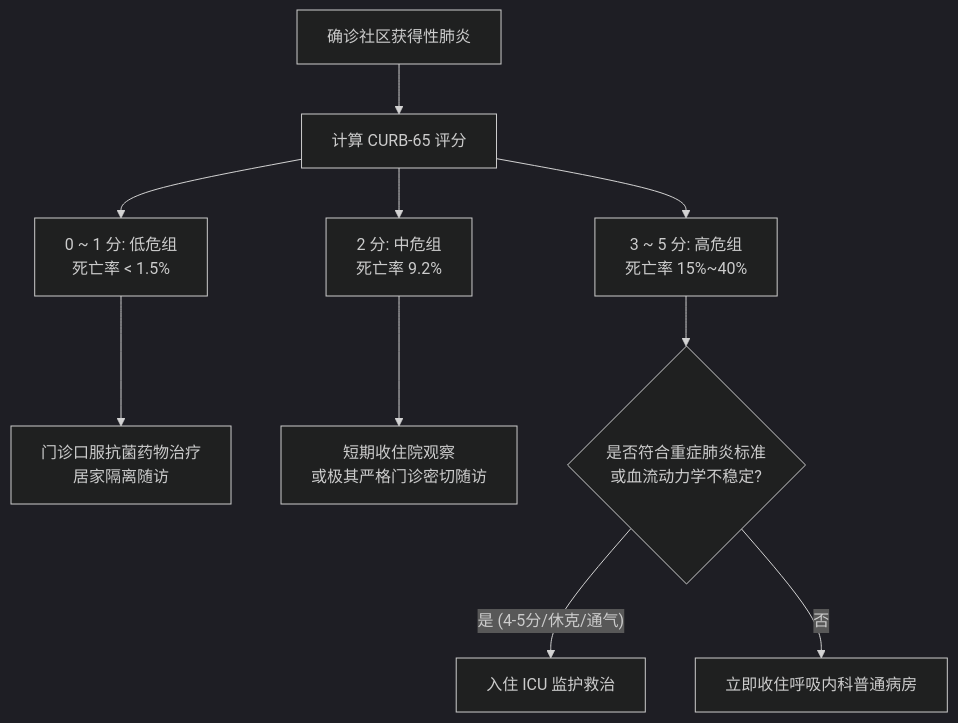
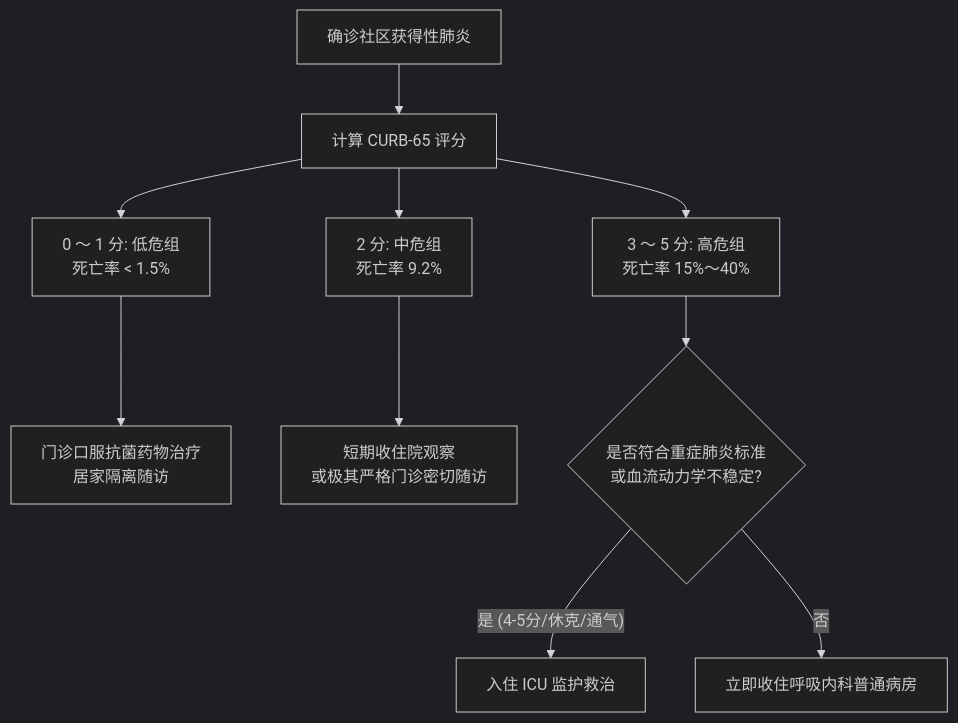
One commit to yangli216/medical-llm-wiki changed the diagram in wiki/concepts/CURB-65肺炎严重度评分.md. Above: the diagram before and after it, drawn with Mermaid (dark theme). The commit also changed other lines of this file and 316 other files, not shown here.

````diff
--- a/wiki/concepts/CURB-65肺炎严重度评分.md
+++ b/wiki/concepts/CURB-65肺炎严重度评分.md
@@ -35,13 +35,13 @@
 ```mermaid
 flowchart TD
     CAP[确诊社区获得性肺炎] --> Calc[计算 CURB-65 评分]
-    Calc --> Score01[0 ~ 1 分: 低危组\n死亡率 < 1.5%]
+    Calc --> Score01[0 ～ 1 分: 低危组\n死亡率 < 1.5%]
     Calc --> Score2[2 分: 中危组\n死亡率 9.2%]
-    Calc --> Score35[3 ~ 5 分: 高危组\n死亡率 15%~40%]
+    Calc --> Score35[3 ～ 5 分: 高危组\n死亡率 15%～40%]
     
     Score01 --> TreatOut[门诊口服抗菌药物治疗\n居家隔离随访]
     Score2 --> TreatWard[短期收住院观察\n或极其严格门诊密切随访]
     Score35 --> CheckSCAP{是否符合重症肺炎标准\n或血流动力学不稳定?}
     CheckSCAP -- 是 (4-5分/休克/通气) --> TreatICU[入住 ICU 监护救治]
     CheckSCAP -- 否 --> TreatIn[立即收住呼吸内科普通病房]
 ```
````
